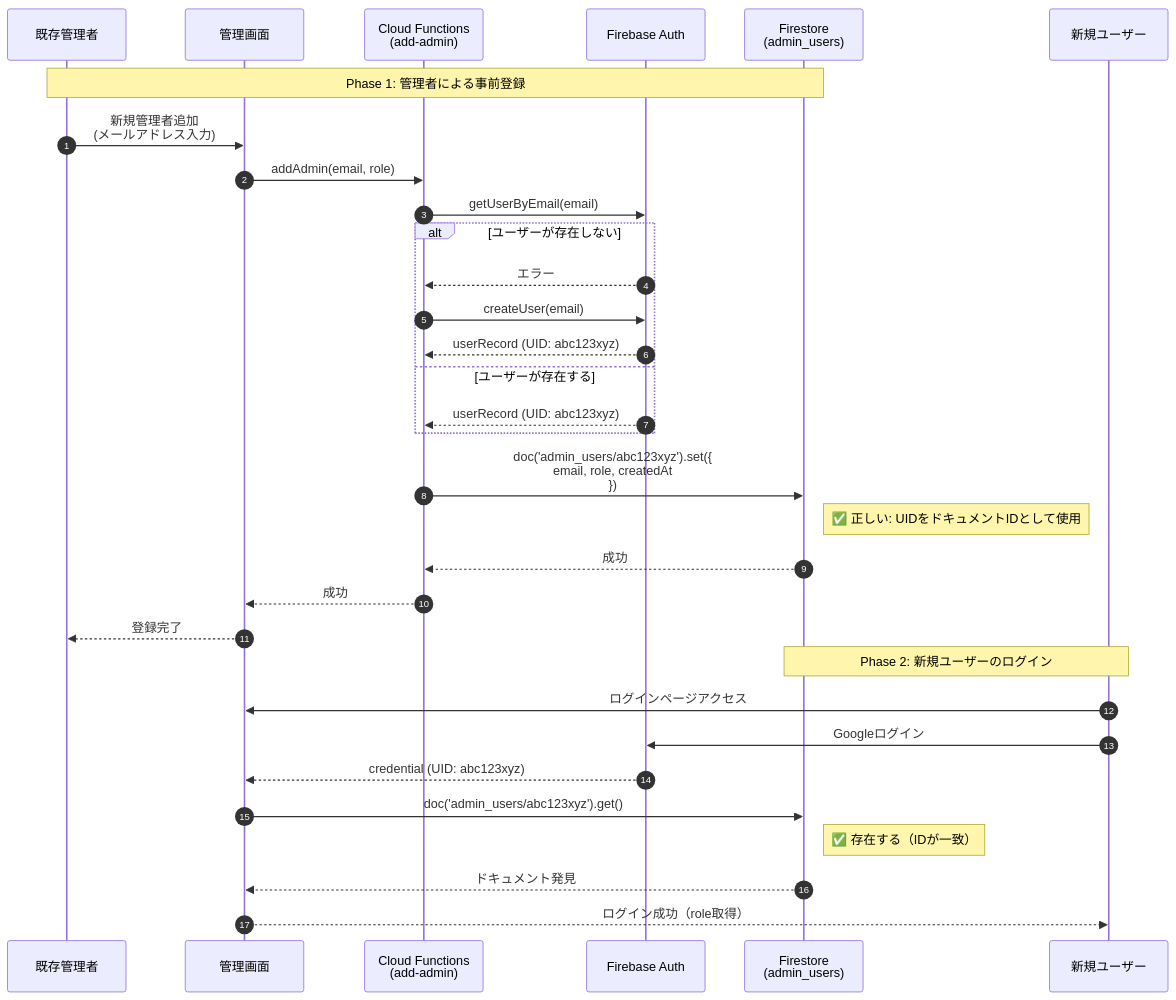
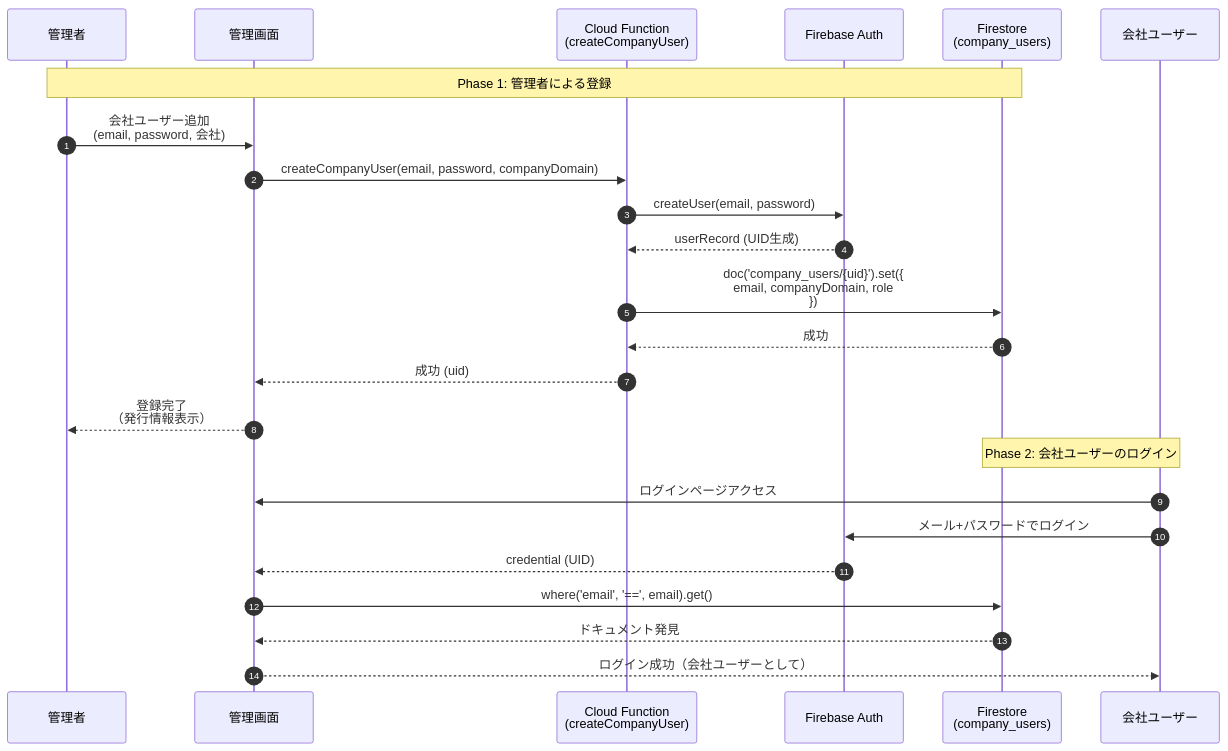
Before and after one commit to togawa-design/togawa-design.github.io: the second of 6 diagrams in docs/system/admin-user-registration-flow.md, drawn with Mermaid. The commit also changed other lines of this file, not shown here.

````diff
--- a/docs/system/admin-user-registration-flow.md
+++ b/docs/system/admin-user-registration-flow.md
@@ -83,39 +71,31 @@
 ```mermaid
 sequenceDiagram
     autonumber
-    participant Admin as 既存管理者
+    participant Admin as 管理者
     participant Console as 管理画面
-    participant CF as Cloud Functions<br/>(add-admin)
+    participant CF as Cloud Function<br/>(createCompanyUser)
     participant Auth as Firebase Auth
-    participant FS as Firestore<br/>(admin_users)
-    participant NewUser as 新規ユーザー
+    participant FS as Firestore<br/>(company_users)
+    participant CompanyUser as 会社ユーザー
 
-    Note over Admin,FS: Phase 1: 管理者による事前登録
-    Admin->>Console: 新規管理者追加<br/>(メールアドレス入力)
-    Console->>CF: addAdmin(email, role)
-    CF->>Auth: getUserByEmail(email)
+    Note over Admin,FS: Phase 1: 管理者による登録
+    Admin->>Console: 会社ユーザー追加<br/>(email, password, 会社)
+    Console->>CF: createCompanyUser(email, password, companyDomain)
 
-    alt ユーザーが存在しない
-        Auth-->>CF: エラー
-        CF->>Auth: createUser(email)
-        Auth-->>CF: userRecord (UID: abc123xyz)
-    else ユーザーが存在する
-        Auth-->>CF: userRecord (UID: abc123xyz)
-    end
+    CF->>Auth: createUser(email, password)
+    Auth-->>CF: userRecord (UID生成)
 
-    CF->>FS: doc('admin_users/abc123xyz').set({<br/>  email, role, createdAt<br/>})
-    Note right of FS: ✅ 正しい: UIDをドキュメントIDとして使用
+    CF->>FS: doc('company_users/{uid}').set({<br/>  email, companyDomain, role<br/>})
     FS-->>CF: 成功
-    CF-->>Console: 成功
-    Console-->>Admin: 登録完了
+    CF-->>Console: 成功 (uid)
+    Console-->>Admin: 登録完了<br/>（発行情報表示）
 
-    Note over NewUser,FS: Phase 2: 新規ユーザーのログイン
-    NewUser->>Console: ログインページアクセス
-    NewUser->>Auth: Googleログイン
-    Auth-->>Console: credential (UID: abc123xyz)
+    Note over CompanyUser,FS: Phase 2: 会社ユーザーのログイン
+    CompanyUser->>Console: ログインページアクセス
+    CompanyUser->>Auth: メール+パスワードでログイン
+    Auth-->>Console: credential (UID)
 
-    Console->>FS: doc('admin_users/abc123xyz').get()
-    Note right of FS: ✅ 存在する（IDが一致）
+    Console->>FS: where('email', '==', email).get()
     FS-->>Console: ドキュメント発見
-    Console-->>NewUser: ログイン成功（role取得）
+    Console-->>CompanyUser: ログイン成功（会社ユーザーとして）
 ```
````
